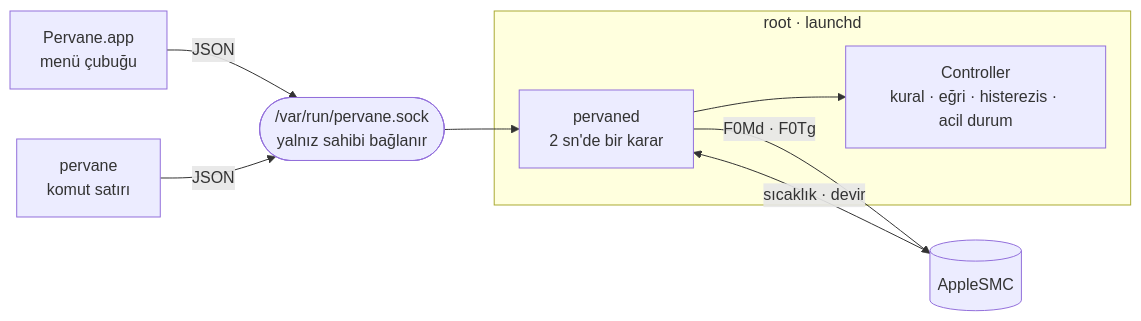
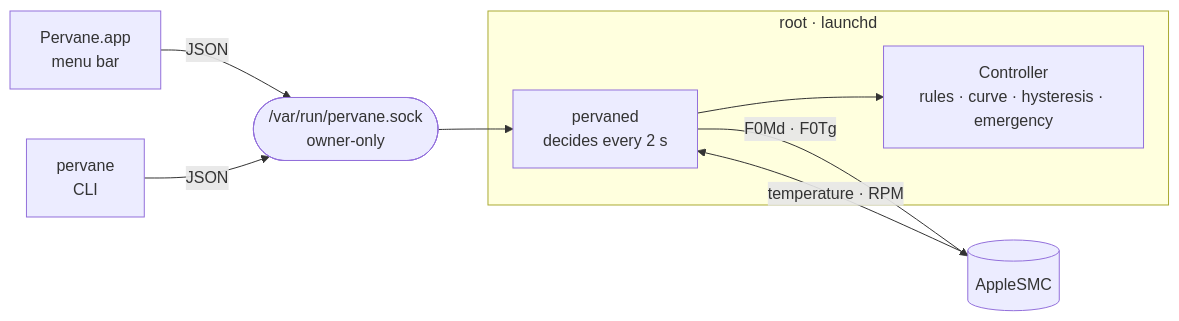
Before and after one commit to tuncasoftbildik/pervane: the diagram in README.md, drawn with Mermaid. The commit also changed other lines of this file and 13 other files, not shown here.

````diff
--- a/README.md
+++ b/README.md
@@ -103,11 +120,11 @@
 ```mermaid
 flowchart LR
-    App["Pervane.app<br/>menü çubuğu"] -- JSON --> Sock
-    CLI["pervane<br/>komut satırı"] -- JSON --> Sock
-    Sock(["/var/run/pervane.sock<br/>yalnız sahibi bağlanır"]) --> D
+    App["Pervane.app<br/>menu bar"] -- JSON --> Sock
+    CLI["pervane<br/>CLI"] -- JSON --> Sock
+    Sock(["/var/run/pervane.sock<br/>owner-only"]) --> D
     subgraph root["root · launchd"]
-        D["pervaned<br/>2 sn'de bir karar"] --> C["Controller<br/>kural · eğri · histerezis · acil durum"]
+        D["pervaned<br/>decides every 2 s"] --> C["Controller<br/>rules · curve · hysteresis · emergency"]
     end
     D -- "F0Md · F0Tg" --> SMC[("AppleSMC")]
-    SMC -- "sıcaklık · devir" --> D
+    SMC -- "temperature · RPM" --> D
 ```
````
